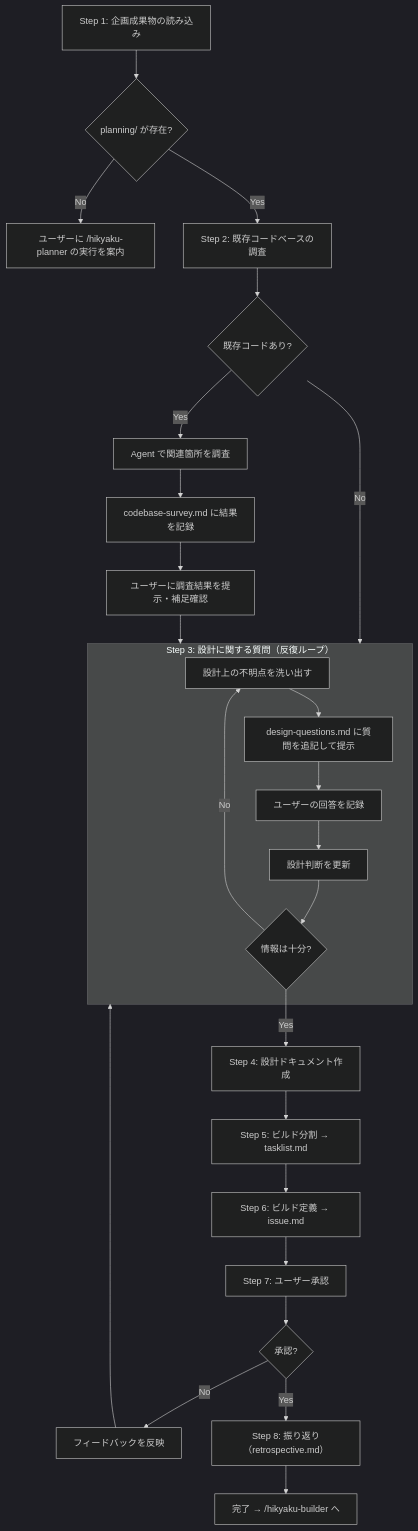
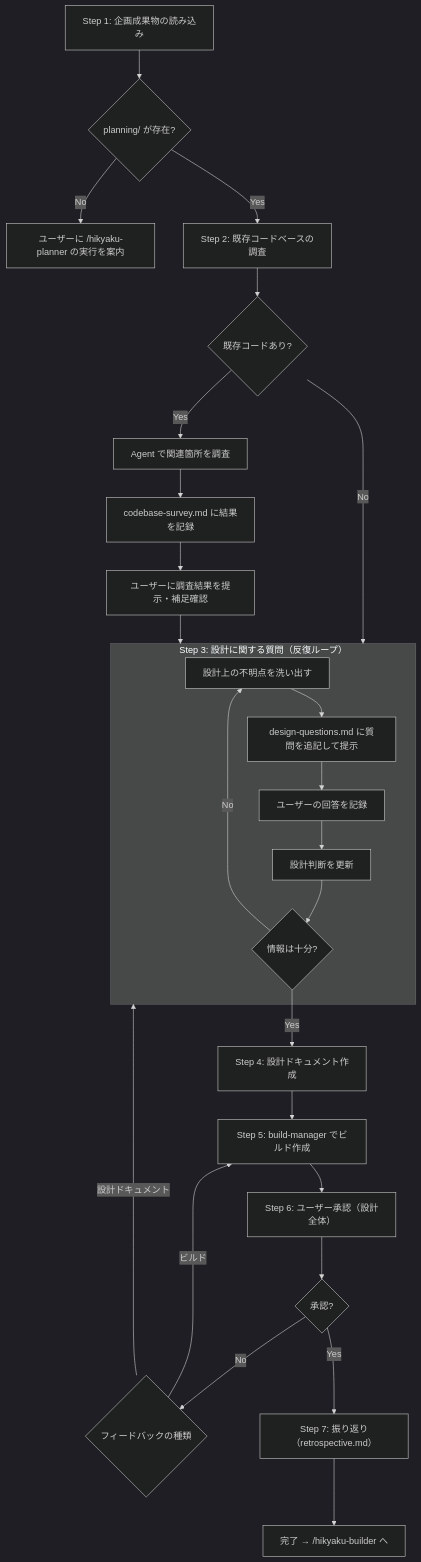
The diagram in skills/hikyaku-architect/SKILL.md (tak-solder/hikyaku), drawn with Mermaid (dark theme) before and after one commit. The commit also changed other lines of this file and 7 other files, not shown here.

````diff
--- a/skills/hikyaku-architect/SKILL.md
+++ b/skills/hikyaku-architect/SKILL.md
@@ -95,31 +95,31 @@
 ```mermaid
 flowchart TD
     S1["Step 1: 企画成果物の読み込み"] --> S1a{"planning/ が存在?"}
     S1a -- No --> S1b["ユーザーに /hikyaku-planner の実行を案内"]
     S1a -- Yes --> S2
 
     S2["Step 2: 既存コードベースの調査"] --> S2a{"既存コードあり?"}
     S2a -- No --> S3
     S2a -- Yes --> S2b["Agent で関連箇所を調査"]
     S2b --> S2c["codebase-survey.md に結果を記録"]
     S2c --> S2d["ユーザーに調査結果を提示・補足確認"]
     S2d --> S3
 
     subgraph S3["Step 3: 設計に関する質問（反復ループ）"]
         Q1["設計上の不明点を洗い出す"] --> Q2["design-questions.md に質問を追記して提示"]
         Q2 --> Q3["ユーザーの回答を記録"]
         Q3 --> Q4["設計判断を更新"]
         Q4 --> Q5{"情報は十分?"}
         Q5 -- No --> Q1
     end
 
     Q5 -- Yes --> S4["Step 4: 設計ドキュメント作成"]
-    S4 --> S5["Step 5: ビルド分割 → tasklist.md"]
-    S5 --> S6["Step 6: ビルド定義 → issue.md"]
-    S6 --> S7["Step 7: ユーザー承認"]
-    S7 --> S7a{"承認?"}
-    S7a -- No --> S7b["フィードバックを反映"]
-    S7b --> S3
-    S7a -- Yes --> S8["Step 8: 振り返り（retrospective.md）"]
-    S8 --> Done["完了 → /hikyaku-builder へ"]
+    S4 --> S5["Step 5: build-manager でビルド作成"]
+    S5 --> S6["Step 6: ユーザー承認（設計全体）"]
+    S6 --> S6a{"承認?"}
+    S6a -- No --> S6b{"フィードバックの種類"}
+    S6b -- "設計ドキュメント" --> S3
+    S6b -- "ビルド" --> S5
+    S6a -- Yes --> S7["Step 7: 振り返り（retrospective.md）"]
+    S7 --> Done["完了 → /hikyaku-builder へ"]
 ```
````
